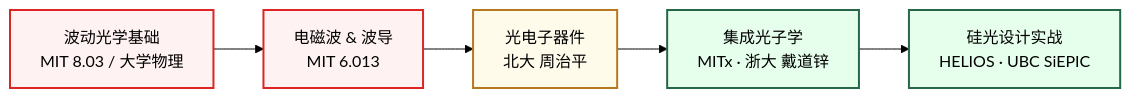
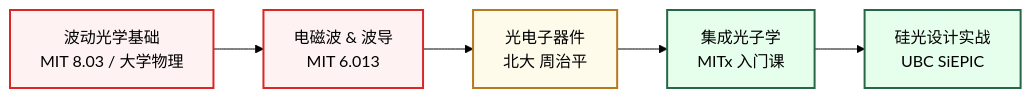
Before and after one commit to Crys-Chen/ic-guide: the diagram in docs/学习地图/物理/光学/index.md, drawn with Mermaid (forest theme). The commit also changed other lines of this file and 11 other files, not shown here.

Commit message:
fix(学习地图): 清理全部index死引用——FDU工艺目录nav残留、已删课程的prose提及、目录式404链接、量子主讲人纠错

````diff
--- a/docs/学习地图/物理/光学/index.md
+++ b/docs/学习地图/物理/光学/index.md
@@ -7,14 +7,14 @@
 ```mermaid
 graph LR
     A["波动光学基础<br/>MIT 8.03 / 大学物理"] --> B["电磁波 & 波导<br/>MIT 6.013"]
     B --> C["光电子器件<br/>北大 周治平"]
-    C --> D["集成光子学<br/>MITx · 浙大 戴道锌"]
-    D --> E["硅光设计实战<br/>HELIOS · UBC SiEPIC"]
+    C --> D["集成光子学<br/>MITx 入门课"]
+    D --> E["硅光设计实战<br/>UBC SiEPIC"]
 
     classDef base fill:#FEF3F2,stroke:#DC2626,stroke-width:2px
     classDef dev fill:#FFFBEB,stroke:#B7791F,stroke-width:2px
     classDef sip fill:#E6FFEC,stroke:#276749,stroke-width:2px
     class A,B base
     class C dev
     class D,E sip
 ```
````
